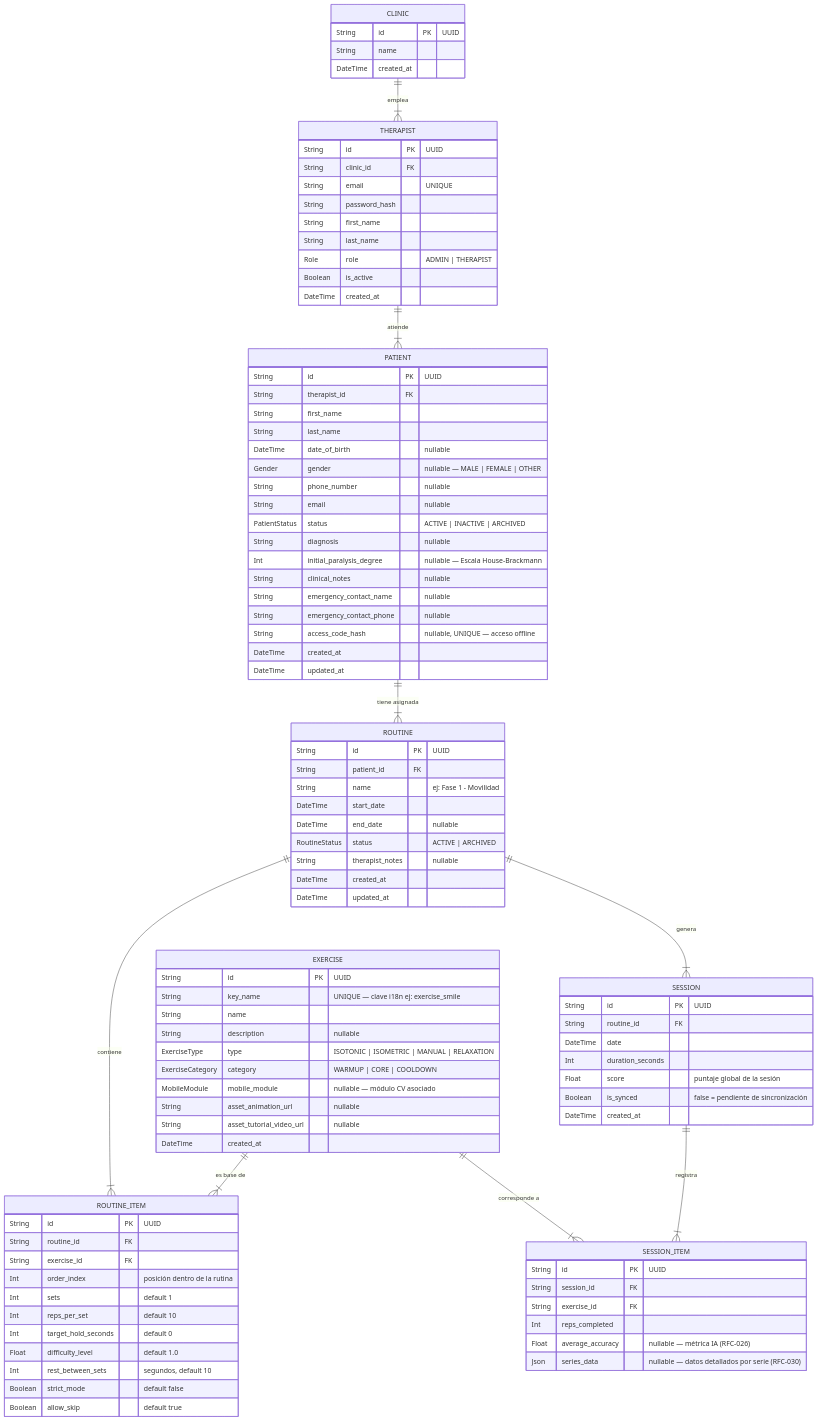
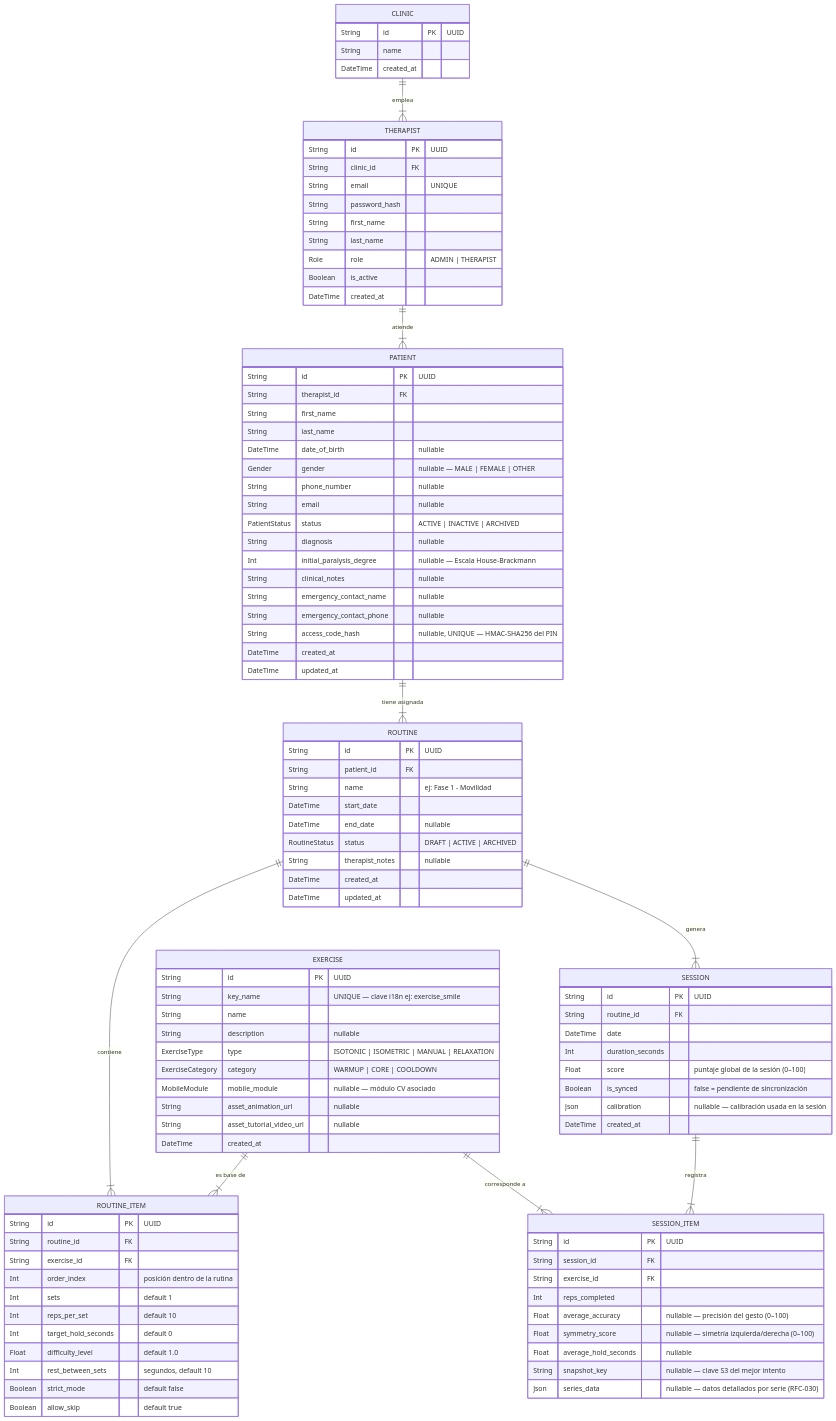
The diagram in docs/diagrama-er.md (Alejando/symma-platform), drawn with Mermaid before and after one commit. The commit also changed other lines of this file and 8 other files, not shown here.

````diff
--- a/docs/diagrama-er.md
+++ b/docs/diagrama-er.md
@@ -54,7 +54,7 @@
         String clinical_notes "nullable"
         String emergency_contact_name "nullable"
         String emergency_contact_phone "nullable"
-        String access_code_hash "nullable, UNIQUE — acceso offline"
+        String access_code_hash "nullable, UNIQUE — HMAC-SHA256 del PIN"
         DateTime created_at
         DateTime updated_at
     }
@@ -87,7 +87,7 @@
         String name "ej: Fase 1 - Movilidad"
         DateTime start_date
         DateTime end_date "nullable"
-        RoutineStatus status "ACTIVE | ARCHIVED"
+        RoutineStatus status "DRAFT | ACTIVE | ARCHIVED"
         String therapist_notes "nullable"
         DateTime created_at
         DateTime updated_at
@@ -119,8 +119,9 @@
         String routine_id FK
         DateTime date
         Int duration_seconds
-        Float score "puntaje global de la sesión"
+        Float score "puntaje global de la sesión (0–100)"
         Boolean is_synced "false = pendiente de sincronización"
+        Json calibration "nullable — calibración usada en la sesión"
         DateTime created_at
     }
 
@@ -129,7 +130,10 @@
         String session_id FK
         String exercise_id FK
         Int reps_completed
-        Float average_accuracy "nullable — métrica IA (RFC-026)"
+        Float average_accuracy "nullable — precisión del gesto (0–100)"
+        Float symmetry_score "nullable — simetría izquierda/derecha (0–100)"
+        Float average_hold_seconds "nullable"
+        String snapshot_key "nullable — clave S3 del mejor intento"
         Json series_data "nullable — datos detallados por serie (RFC-030)"
     }
 ```
````
